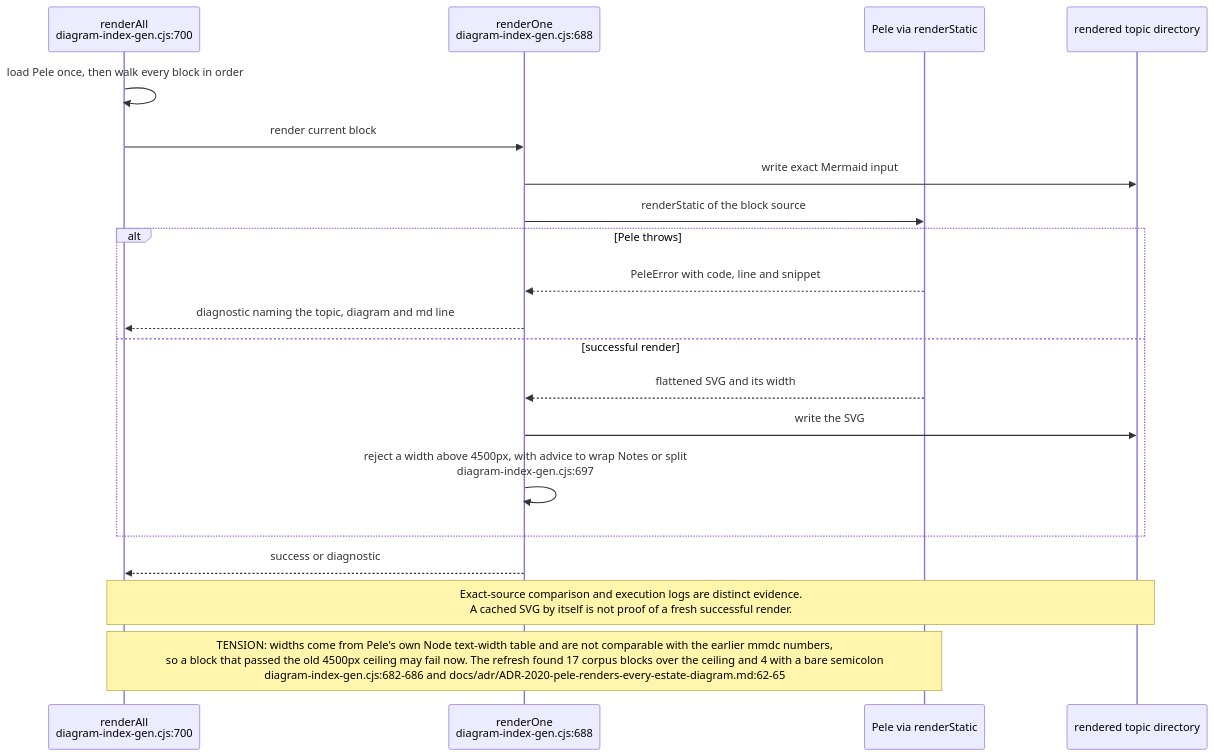
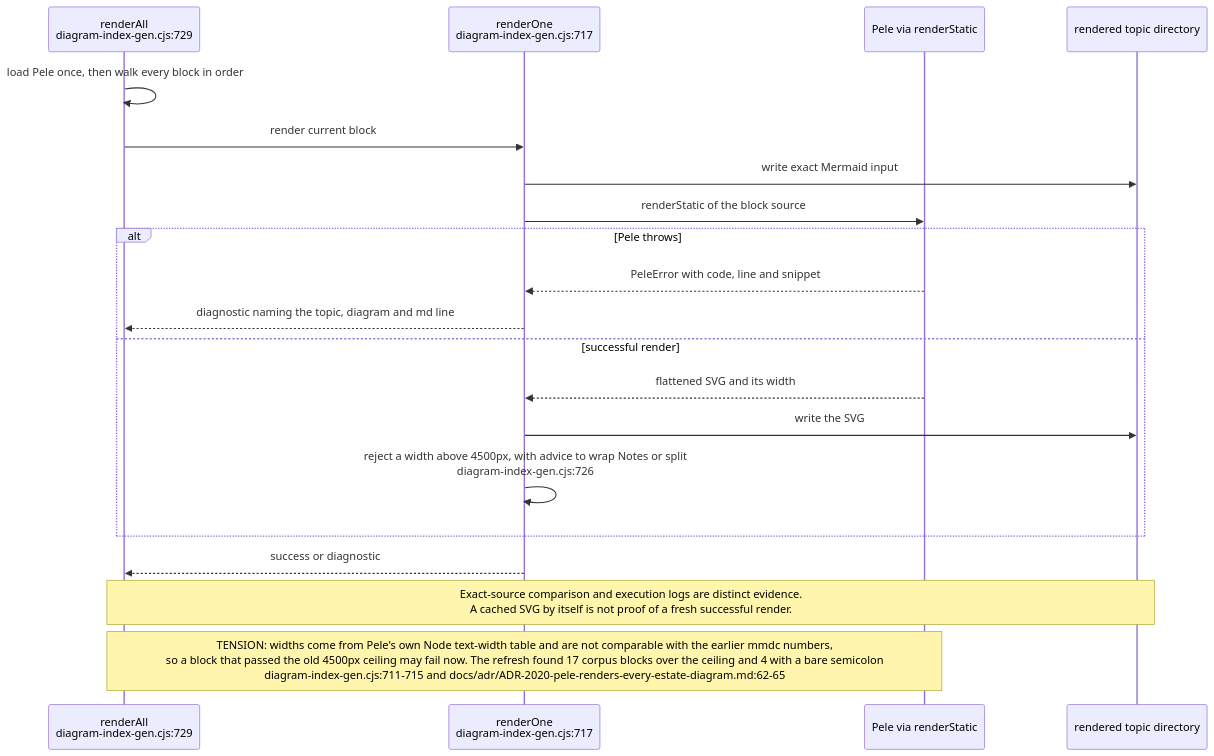
Diagram 11 of 15 in docs/diagrams/visionflow/06-diagram-tooling.md (DreamLab-AI/VisionFlow), drawn with Mermaid before and after one commit. The commit also changed other lines of this file and 49 other files, not shown here.

First line of the commit message:
docs(diagrams): re-derive and re-stamp VisionClaw, estate, knowledge-graph, visionGraph, VisionFlow and sidestr topics

````diff
--- a/docs/diagrams/visionflow/06-diagram-tooling.md
+++ b/docs/diagrams/visionflow/06-diagram-tooling.md
@@ -339,22 +339,22 @@
 ```mermaid
 sequenceDiagram
-    participant G as renderAll<br/>diagram-index-gen.cjs:700
-    participant R as renderOne<br/>diagram-index-gen.cjs:688
+    participant G as renderAll<br/>diagram-index-gen.cjs:729
+    participant R as renderOne<br/>diagram-index-gen.cjs:717
     participant M as Pele via renderStatic
     participant O as rendered topic directory
     G->>G: load Pele once, then walk every block in order
     G->>R: render current block
     R->>O: write exact Mermaid input
     R->>M: renderStatic of the block source
     alt Pele throws
         M-->>R: PeleError with code, line and snippet
         R-->>G: diagnostic naming the topic, diagram and md line
     else successful render
         M-->>R: flattened SVG and its width
         R->>O: write the SVG
-        R->>R: reject a width above 4500px, with advice to wrap Notes or split<br/>diagram-index-gen.cjs:697
+        R->>R: reject a width above 4500px, with advice to wrap Notes or split<br/>diagram-index-gen.cjs:726
     end
     R-->>G: success or diagnostic
     Note over G,O: Exact-source comparison and execution logs are distinct evidence.<br/>A cached SVG by itself is not proof of a fresh successful render.
-    Note over G,M: TENSION: widths come from Pele's own Node text-width table and are not comparable with the earlier mmdc numbers,<br/>so a block that passed the old 4500px ceiling may fail now. The refresh found 17 corpus blocks over the ceiling and 4 with a bare semicolon<br/>diagram-index-gen.cjs:682-686 and docs/adr/ADR-2020-pele-renders-every-estate-diagram.md:62-65
+    Note over G,M: TENSION: widths come from Pele's own Node text-width table and are not comparable with the earlier mmdc numbers,<br/>so a block that passed the old 4500px ceiling may fail now. The refresh found 17 corpus blocks over the ceiling and 4 with a bare semicolon<br/>diagram-index-gen.cjs:711-715 and docs/adr/ADR-2020-pele-renders-every-estate-diagram.md:62-65
 ```
````
